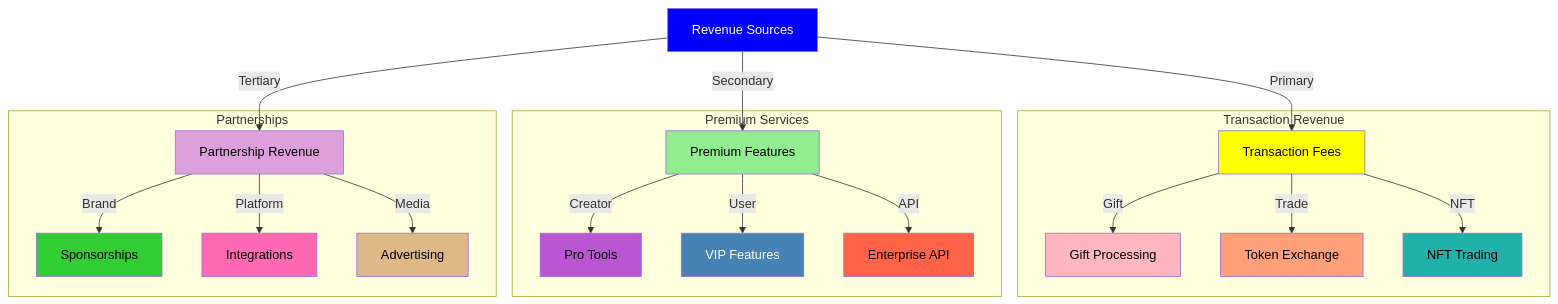
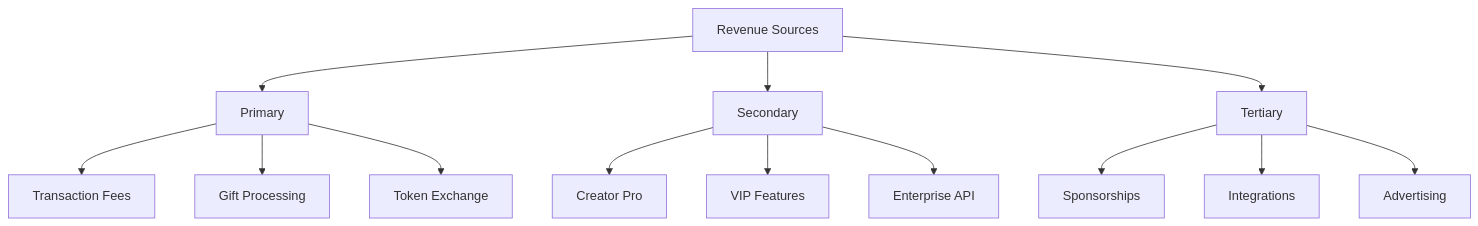
One commit to MEMEFANS/memefans changed the first of 7 diagrams in docs/whitepaper/business-model.md. Above: the diagram before and after it, drawn with Mermaid. The commit also changed other lines of this file, not shown here.

Commit message:
fix: optimize business model flowcharts format

````diff
--- a/docs/whitepaper/business-model.md
+++ b/docs/whitepaper/business-model.md
@@ -5,38 +5,18 @@
-<div class="mermaid">
+```mermaid
 graph TD
-    A[Revenue Sources] -->|Primary| B[Transaction Fees]
-    A -->|Secondary| C[Premium Features]
-    A -->|Tertiary| D[Partnership Revenue]
+    A[Revenue Sources] --> B[Primary]
+    A --> C[Secondary]
+    A --> D[Tertiary]
     
-    subgraph Transaction Revenue
-    B -->|Gift| E[Gift Processing]
-    B -->|Trade| F[Token Exchange]
-    B -->|NFT| G[NFT Trading]
-    end
+    B --> B1[Transaction Fees]
+    B --> B2[Gift Processing]
+    B --> B3[Token Exchange]
     
-    subgraph Premium Services
-    C -->|Creator| H[Pro Tools]
-    C -->|User| I[VIP Features]
-    C -->|API| J[Enterprise API]
-    end
+    C --> C1[Creator Pro]
+    C --> C2[VIP Features]
+    C --> C3[Enterprise API]
     
-    subgraph Partnerships
-    D -->|Brand| K[Sponsorships]
-    D -->|Platform| L[Integrations]
-    D -->|Media| M[Advertising]
-    end
-    
-    style A fill:#0000FF,color:#FFFFFF
-    style B fill:#FFFF00,color:#000000
-    style C fill:#90EE90,color:#000000
-    style D fill:#DDA0DD,color:#000000
-    style E fill:#FFB6C1,color:#000000
-    style F fill:#FFA07A,color:#000000
-    style G fill:#20B2AA,color:#000000
-    style H fill:#BA55D3,color:#000000
-    style I fill:#4682B4,color:#FFFFFF
-    style J fill:#FF6347,color:#000000
-    style K fill:#32CD32,color:#000000
-    style L fill:#FF69B4,color:#000000
-    style M fill:#DEB887,color:#000000
-</div>
+    D --> D1[Sponsorships]
+    D --> D2[Integrations]
+    D --> D3[Advertising]
+```
````
